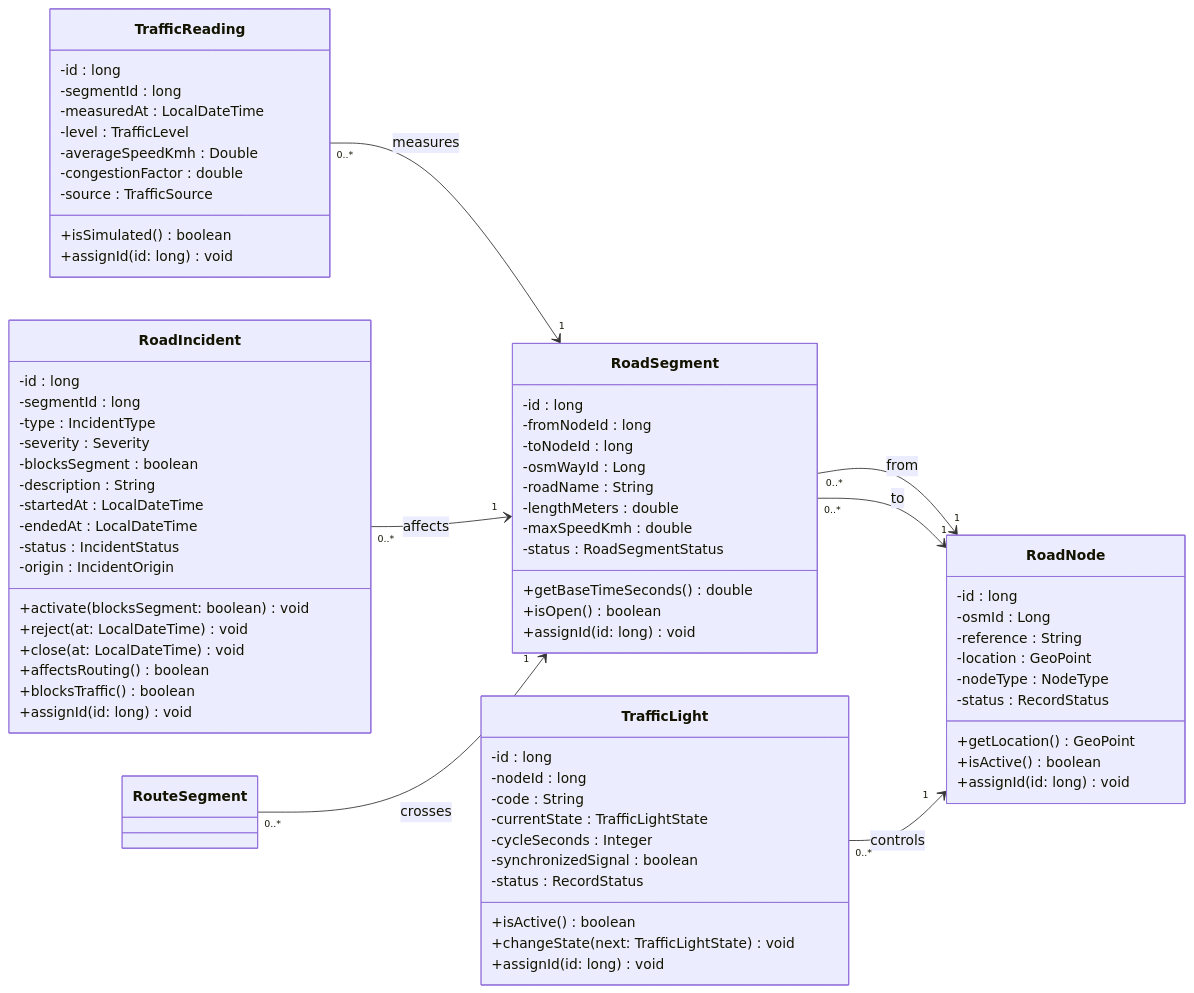
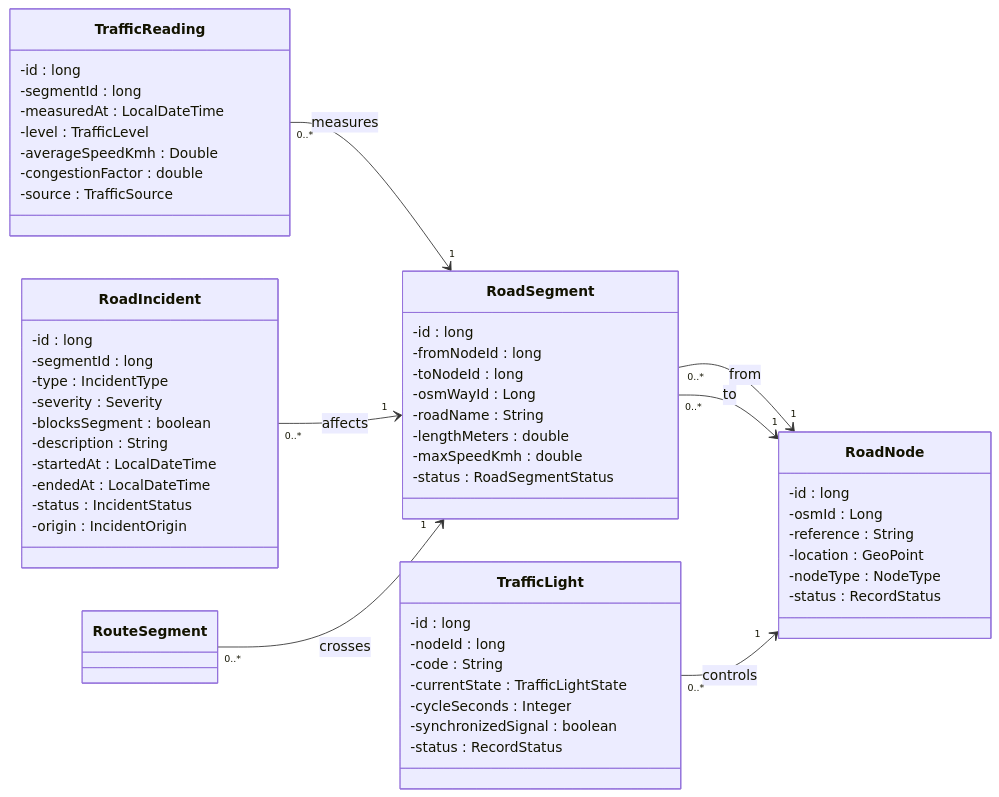
The fifth of 23 diagrams in docs/class-diagram.md (afzabaleta/RutaVida), drawn with Mermaid before and after one commit. The commit also changed other lines of this file and 12 other files, not shown here.

```diff
--- a/docs/class-diagram.md
+++ b/docs/class-diagram.md
@@ -384,9 +331,6 @@
         -location : GeoPoint
         -nodeType : NodeType
         -status : RecordStatus
-        +getLocation() GeoPoint
-        +isActive() boolean
-        +assignId(id: long) void
     }
     class RoadSegment {
         -id : long
@@ -397,9 +341,6 @@
         -lengthMeters : double
         -maxSpeedKmh : double
         -status : RoadSegmentStatus
-        +getBaseTimeSeconds() double
-        +isOpen() boolean
-        +assignId(id: long) void
     }
     class TrafficLight {
         -id : long
@@ -409,9 +350,6 @@
         -cycleSeconds : Integer
         -synchronizedSignal : boolean
         -status : RecordStatus
-        +isActive() boolean
-        +changeState(next: TrafficLightState) void
-        +assignId(id: long) void
     }
     class TrafficReading {
         -id : long
@@ -421,8 +359,6 @@
         -averageSpeedKmh : Double
         -congestionFactor : double
         -source : TrafficSource
-        +isSimulated() boolean
-        +assignId(id: long) void
     }
     class RoadIncident {
         -id : long
@@ -435,12 +371,6 @@
         -endedAt : LocalDateTime
         -status : IncidentStatus
         -origin : IncidentOrigin
-        +activate(blocksSegment: boolean) void
-        +reject(at: LocalDateTime) void
-        +close(at: LocalDateTime) void
-        +affectsRouting() boolean
-        +blocksTraffic() boolean
-        +assignId(id: long) void
     }
 
     class RouteSegment
```
